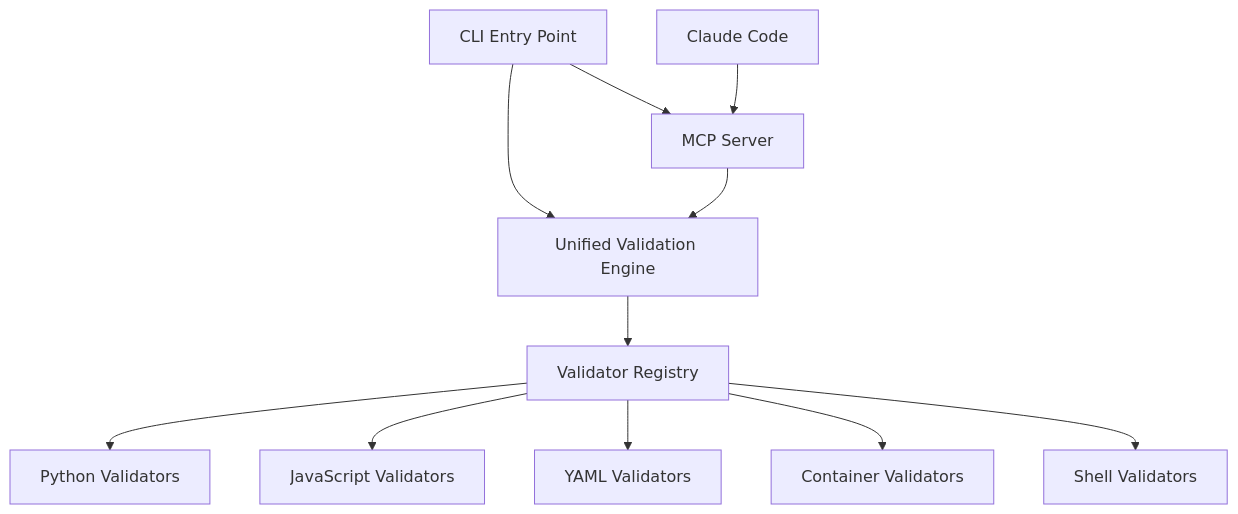
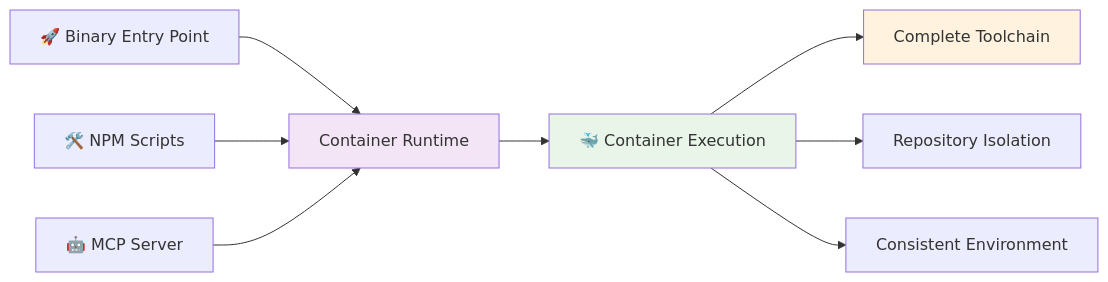
The diagram in docs/index.md (Jesssullivan/tinyland-huskycat), drawn with Mermaid before and after one commit. The commit also changed other lines of this file and 11 other files, not shown here.

First line of the commit message:
feat: implement development-friendly validation with container-only execution

````diff
--- a/docs/index.md
+++ b/docs/index.md
@@ -74,13 +66,15 @@
 ```mermaid
-graph TD
-    A[CLI Entry Point] --> B[Unified Validation Engine]
-    A --> C[MCP Server]
-    B --> D[Validator Registry]
-    D --> E[Python Validators]
-    D --> F[JavaScript Validators]
-    D --> G[YAML Validators]
-    D --> H[Container Validators]
-    D --> I[Shell Validators]
-    C --> B
-    J[Claude Code] --> C
+graph LR
+    A["🚀 Binary Entry Point"] --> B["Container Runtime"]
+    C["🛠️ NPM Scripts"] --> B
+    D["🤖 MCP Server"] --> B
+    
+    B --> E["🐳 Container Execution"]
+    E --> F["Complete Toolchain"]
+    E --> G["Repository Isolation"] 
+    E --> H["Consistent Environment"]
+    
+    style B fill:#f3e5f5
+    style E fill:#e8f5e8
+    style F fill:#fff3e0
 ```
````
